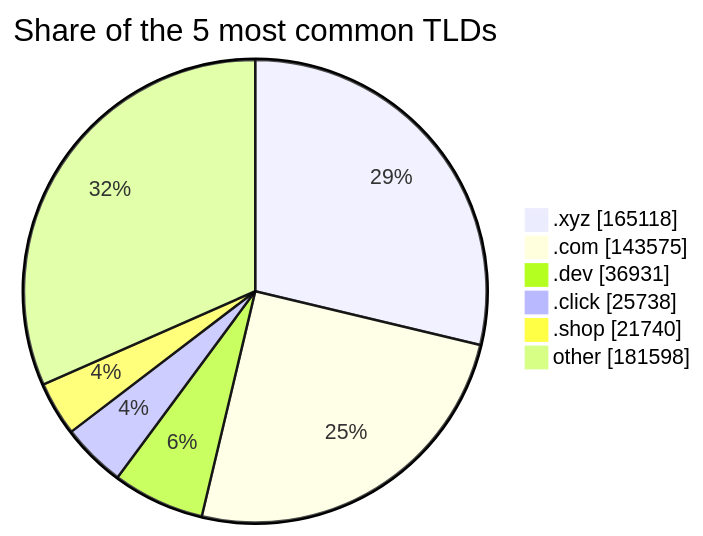
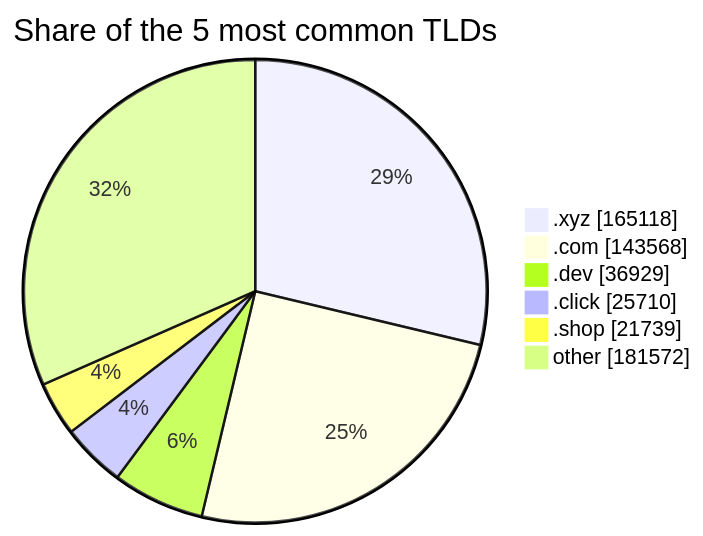
Before and after one commit to DNSBunker/CTI: the third of 3 diagrams in README.md, drawn with Mermaid. The commit also changed other lines of this file and 3 other files, not shown here.

````diff
--- a/README.md
+++ b/README.md
@@ -81,9 +81,9 @@
 ```mermaid
 pie showData title Share of the 5 most common TLDs
     ".xyz" : 165118
-    ".com" : 143575
-    ".dev" : 36931
-    ".click" : 25738
-    ".shop" : 21740
-    "other" : 181598
+    ".com" : 143568
+    ".dev" : 36929
+    ".click" : 25710
+    ".shop" : 21739
+    "other" : 181572
 ```
````
